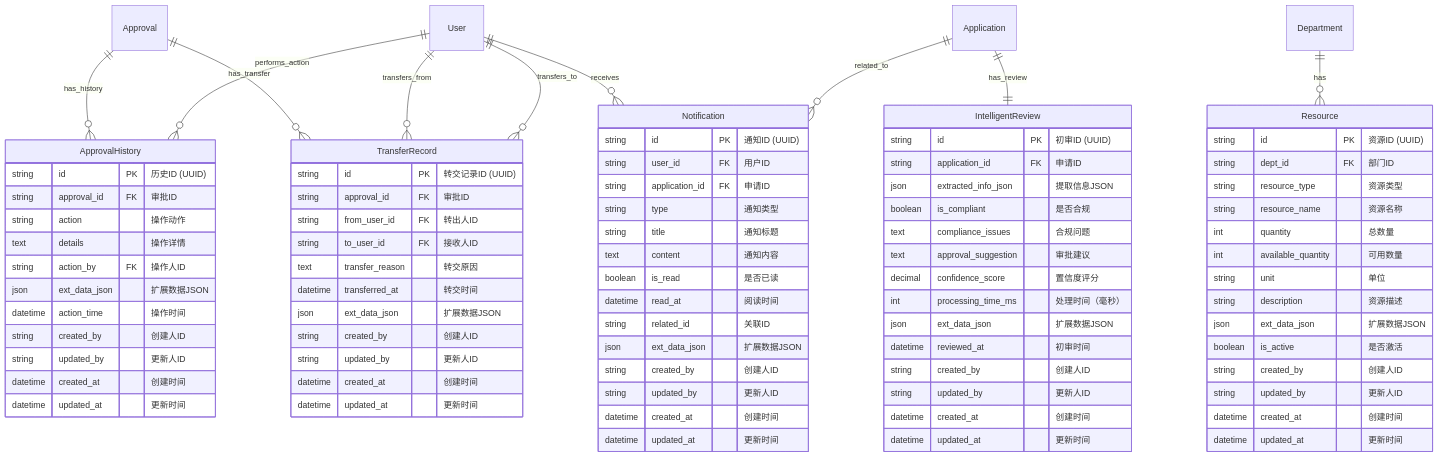
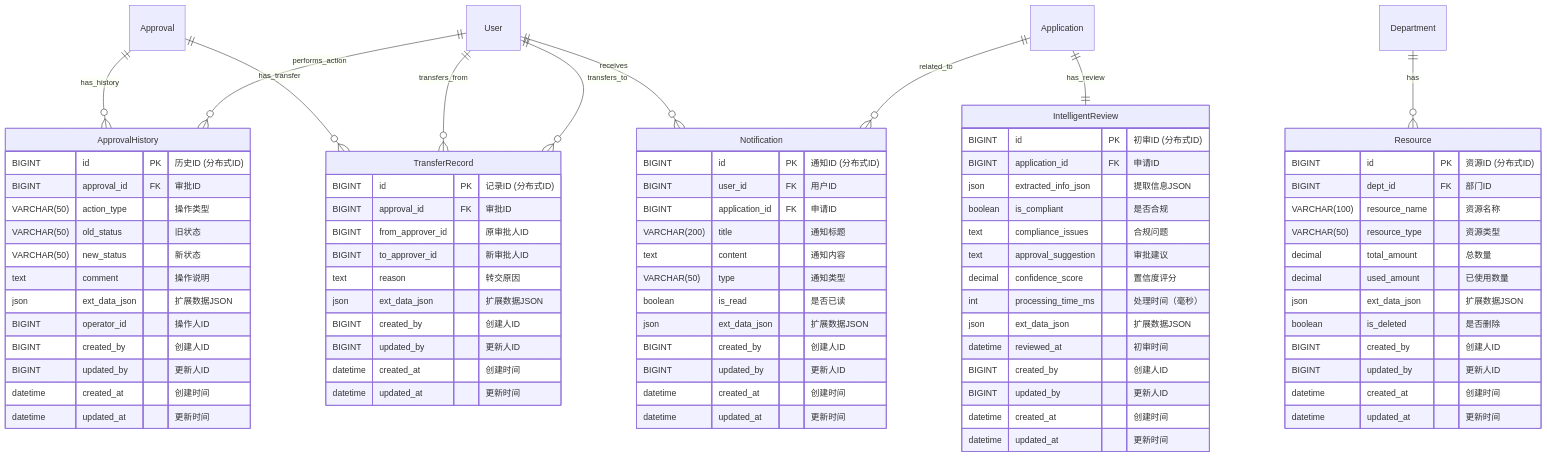
Before and after one commit to Moonlight168/blog: the third of 3 diagrams in src/series/myprojects/FlowMind/开发流程/ER图.md, drawn with Mermaid. The commit also changed other lines of this file and 53 other files, not shown here.

```diff
--- a/src/series/myprojects/FlowMind/开发流程/ER图.md
+++ b/src/series/myprojects/FlowMind/开发流程/ER图.md
@@ -312,29 +317,29 @@
     User ||--o{ TransferRecord : "transfers_to"
     
     ApprovalHistory {
-        string id PK "历史ID (UUID)"
-        string approval_id FK "审批ID"
-        string action "操作动作"
-        text details "操作详情"
-        string action_by FK "操作人ID"
+        BIGINT id PK "历史ID (分布式ID)"
+        BIGINT approval_id FK "审批ID"
+        VARCHAR(50) action_type "操作类型"
+        VARCHAR(50) old_status "旧状态"
+        VARCHAR(50) new_status "新状态"
+        text comment "操作说明"
         json ext_data_json "扩展数据JSON"
-        datetime action_time "操作时间"
-        string created_by "创建人ID"
-        string updated_by "更新人ID"
+        BIGINT operator_id "操作人ID"
+        BIGINT created_by "创建人ID"
+        BIGINT updated_by "更新人ID"
         datetime created_at "创建时间"
         datetime updated_at "更新时间"
     }
     
     TransferRecord {
-        string id PK "转交记录ID (UUID)"
-        string approval_id FK "审批ID"
-        string from_user_id FK "转出人ID"
-        string to_user_id FK "接收人ID"
-        text transfer_reason "转交原因"
-        datetime transferred_at "转交时间"
+        BIGINT id PK "记录ID (分布式ID)"
+        BIGINT approval_id FK "审批ID"
+        BIGINT from_approver_id "原审批人ID"
+        BIGINT to_approver_id "新审批人ID"
+        text reason "转交原因"
         json ext_data_json "扩展数据JSON"
-        string created_by "创建人ID"
-        string updated_by "更新人ID"
+        BIGINT created_by "创建人ID"
+        BIGINT updated_by "更新人ID"
         datetime created_at "创建时间"
         datetime updated_at "更新时间"
     }
@@ -342,44 +347,40 @@
     User ||--o{ Notification : "receives"
     Application ||--o{ Notification : "related_to"
     Notification {
-        string id PK "通知ID (UUID)"
-        string user_id FK "用户ID"
-        string application_id FK "申请ID"
-        string type "通知类型"
-        string title "通知标题"
+        BIGINT id PK "通知ID (分布式ID)"
+        BIGINT user_id FK "用户ID"
+        BIGINT application_id FK "申请ID"
+        VARCHAR(200) title "通知标题"
         text content "通知内容"
+        VARCHAR(50) type "通知类型"
         boolean is_read "是否已读"
-        datetime read_at "阅读时间"
-        string related_id "关联ID"
         json ext_data_json "扩展数据JSON"
-        string created_by "创建人ID"
-        string updated_by "更新人ID"
+        BIGINT created_by "创建人ID"
+        BIGINT updated_by "更新人ID"
         datetime created_at "创建时间"
         datetime updated_at "更新时间"
     }
     
     Department ||--o{ Resource : "has"
     Resource {
-        string id PK "资源ID (UUID)"
-        string dept_id FK "部门ID"
-        string resource_type "资源类型"
-        string resource_name "资源名称"
-        int quantity "总数量"
-        int available_quantity "可用数量"
-        string unit "单位"
-        string description "资源描述"
+        BIGINT id PK "资源ID (分布式ID)"
+        BIGINT dept_id FK "部门ID"
+        VARCHAR(100) resource_name "资源名称"
+        VARCHAR(50) resource_type "资源类型"
+        decimal total_amount "总数量"
+        decimal used_amount "已使用数量"
         json ext_data_json "扩展数据JSON"
-        boolean is_active "是否激活"
-        string created_by "创建人ID"
-        string updated_by "更新人ID"
+        boolean is_deleted "是否删除"
+        BIGINT created_by "创建人ID"
+        BIGINT updated_by "更新人ID"
         datetime created_at "创建时间"
         datetime updated_at "更新时间"
     }
     
     Application ||--|| IntelligentReview : "has_review"
     IntelligentReview {
-        string id PK "初审ID (UUID)"
-        string application_id FK "申请ID"
+        BIGINT id PK "初审ID (分布式ID)"
+        BIGINT application_id FK "申请ID"
         json extracted_info_json "提取信息JSON"
         boolean is_compliant "是否合规"
         text compliance_issues "合规问题"
@@ -388,8 +389,8 @@
         int processing_time_ms "处理时间（毫秒）"
         json ext_data_json "扩展数据JSON"
         datetime reviewed_at "初审时间"
-        string created_by "创建人ID"
-        string updated_by "更新人ID"
+        BIGINT created_by "创建人ID"
+        BIGINT updated_by "更新人ID"
         datetime created_at "创建时间"
         datetime updated_at "更新时间"
     }
```
